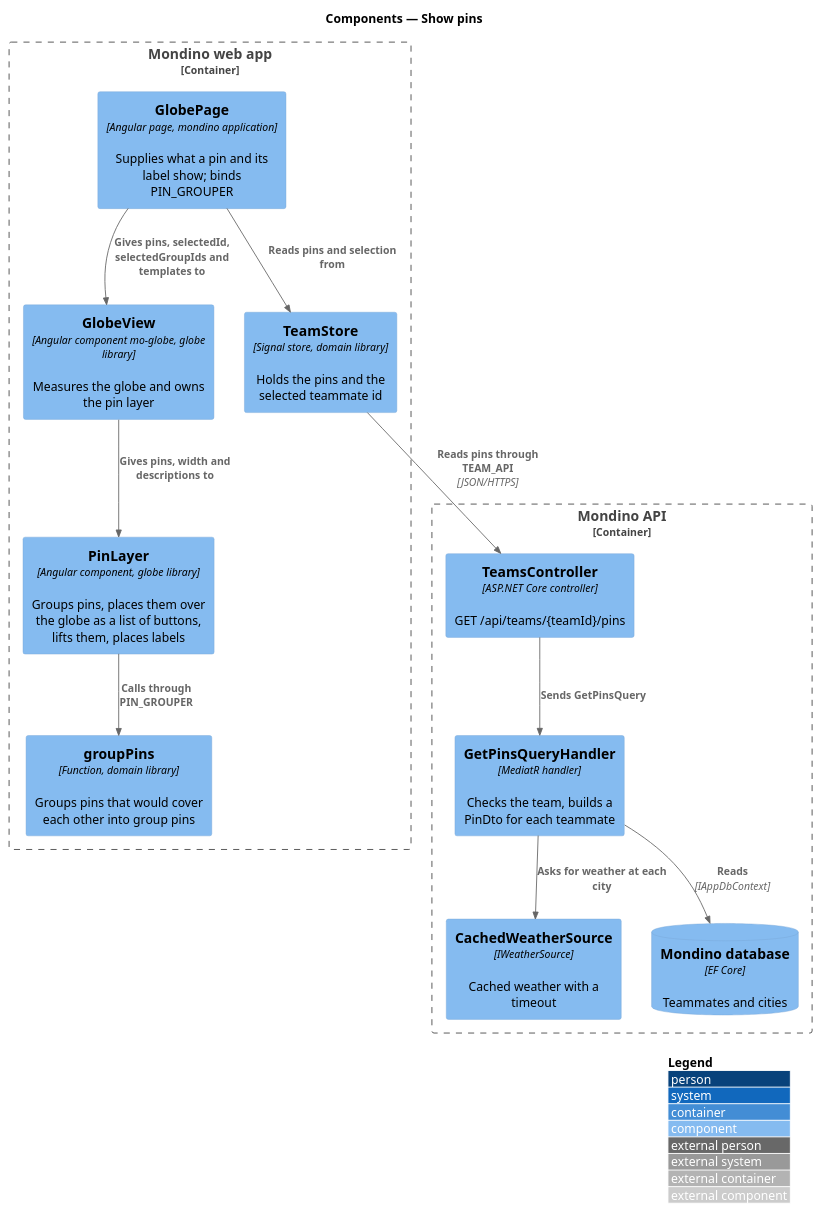
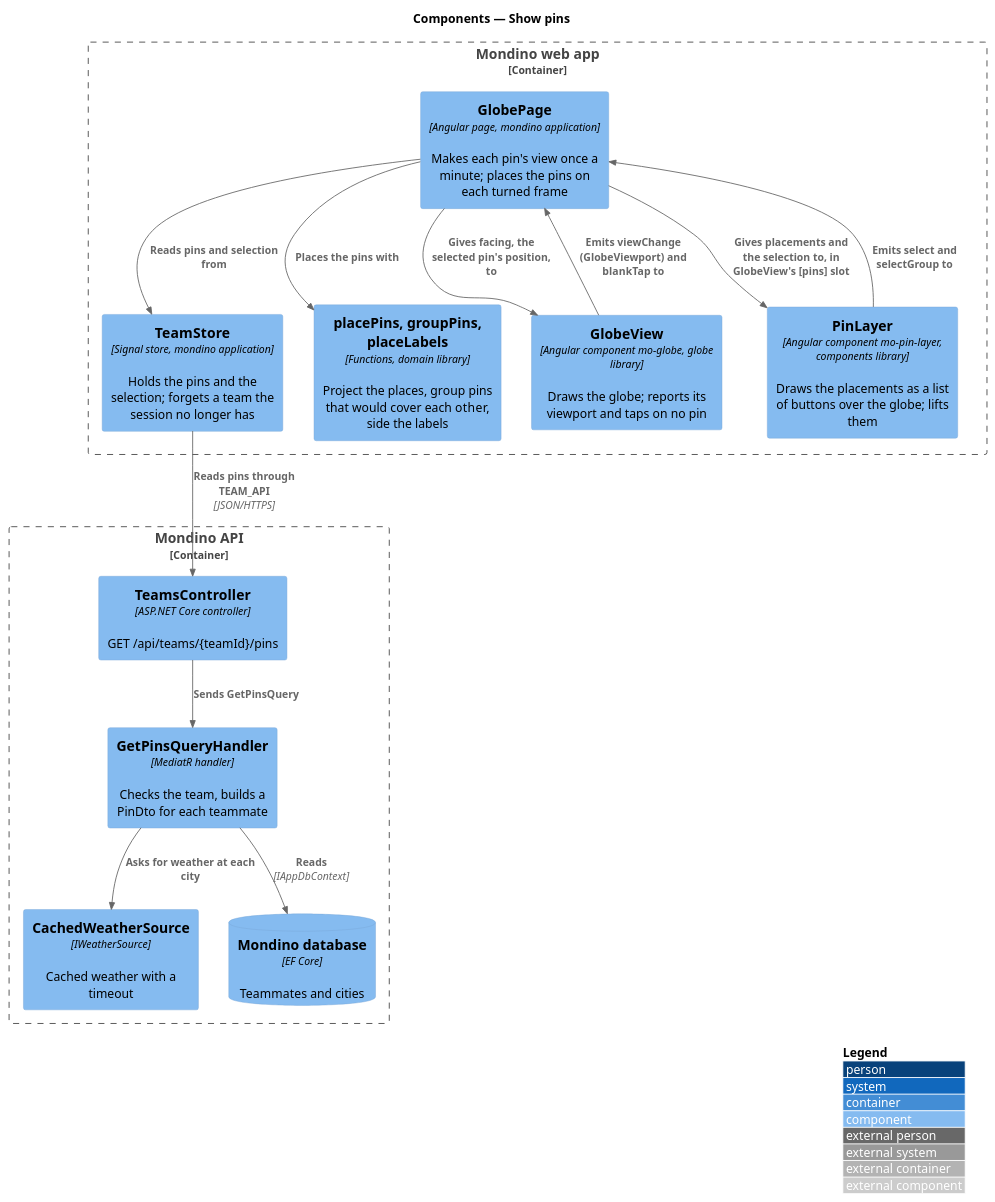
Before and after one commit to QuinntyneBrown/Mondino: the diagram in docs/detailed-designs/globe/show-pins/diagrams/c4-component.puml, drawn with PlantUML. The commit also changed 21 other files, not shown here.

First line of the commit message:
Decide how the pins are placed over the globe, and supply the numbers that group, fade and label them

```diff
--- a/docs/detailed-designs/globe/show-pins/diagrams/c4-component.puml
+++ b/docs/detailed-designs/globe/show-pins/diagrams/c4-component.puml
@@ -1,27 +1,29 @@
 @startuml
 !include <C4/C4_Component>
 LAYOUT_WITH_LEGEND()
 title Components — Show pins
 
 Container_Boundary(spa, "Mondino web app") {
-  Component(page, "GlobePage", "Angular page, mondino application", "Supplies what a pin and its label show; binds PIN_GROUPER")
-  Component(store, "TeamStore", "Signal store, domain library", "Holds the pins and the selected teammate id")
-  Component(grouper, "groupPins", "Function, domain library", "Groups pins that would cover each other into group pins")
-  Component(view, "GlobeView", "Angular component mo-globe, globe library", "Measures the globe and owns the pin layer")
-  Component(layer, "PinLayer", "Angular component, globe library", "Groups pins, places them over the globe as a list of buttons, lifts them, places labels")
+  Component(page, "GlobePage", "Angular page, mondino application", "Makes each pin's view once a minute; places the pins on each turned frame")
+  Component(store, "TeamStore", "Signal store, mondino application", "Holds the pins and the selection; forgets a team the session no longer has")
+  Component(placer, "placePins, groupPins, placeLabels", "Functions, domain library", "Project the places, group pins that would cover each other, side the labels")
+  Component(view, "GlobeView", "Angular component mo-globe, globe library", "Draws the globe; reports its viewport and taps on no pin")
+  Component(layer, "PinLayer", "Angular component mo-pin-layer, components library", "Draws the placements as a list of buttons over the globe; lifts them")
 }
 Container_Boundary(api, "Mondino API") {
   Component(ctrl, "TeamsController", "ASP.NET Core controller", "GET /api/teams/{teamId}/pins")
   Component(handler, "GetPinsQueryHandler", "MediatR handler", "Checks the team, builds a PinDto for each teammate")
   Component(weather, "CachedWeatherSource", "IWeatherSource", "Cached weather with a timeout")
   ComponentDb(db, "Mondino database", "EF Core", "Teammates and cities")
 }
 Rel(page, store, "Reads pins and selection from")
 Rel(store, ctrl, "Reads pins through TEAM_API", "JSON/HTTPS")
-Rel(page, view, "Gives pins, selectedId, selectedGroupIds and templates to")
-Rel(view, layer, "Gives pins, width and descriptions to")
-Rel(layer, grouper, "Calls through PIN_GROUPER")
+Rel(view, page, "Emits viewChange (GlobeViewport) and blankTap to")
+Rel(page, placer, "Places the pins with")
+Rel(page, layer, "Gives placements and the selection to, in GlobeView's [pins] slot")
+Rel(layer, page, "Emits select and selectGroup to")
+Rel(page, view, "Gives facing, the selected pin's position, to")
 Rel(ctrl, handler, "Sends GetPinsQuery")
 Rel(handler, db, "Reads", "IAppDbContext")
 Rel(handler, weather, "Asks for weather at each city")
 @enduml
```
